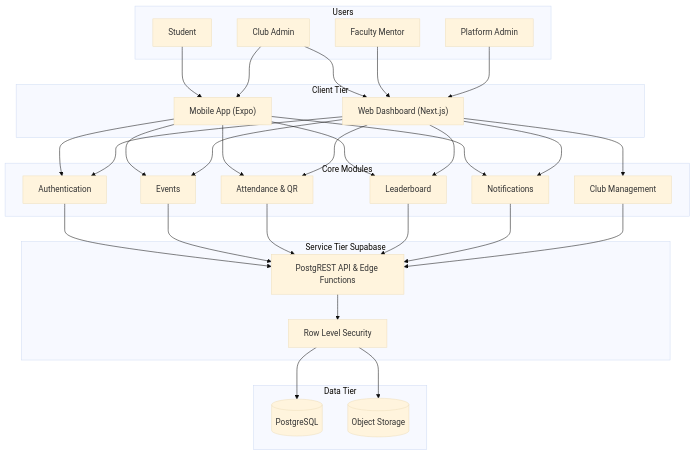
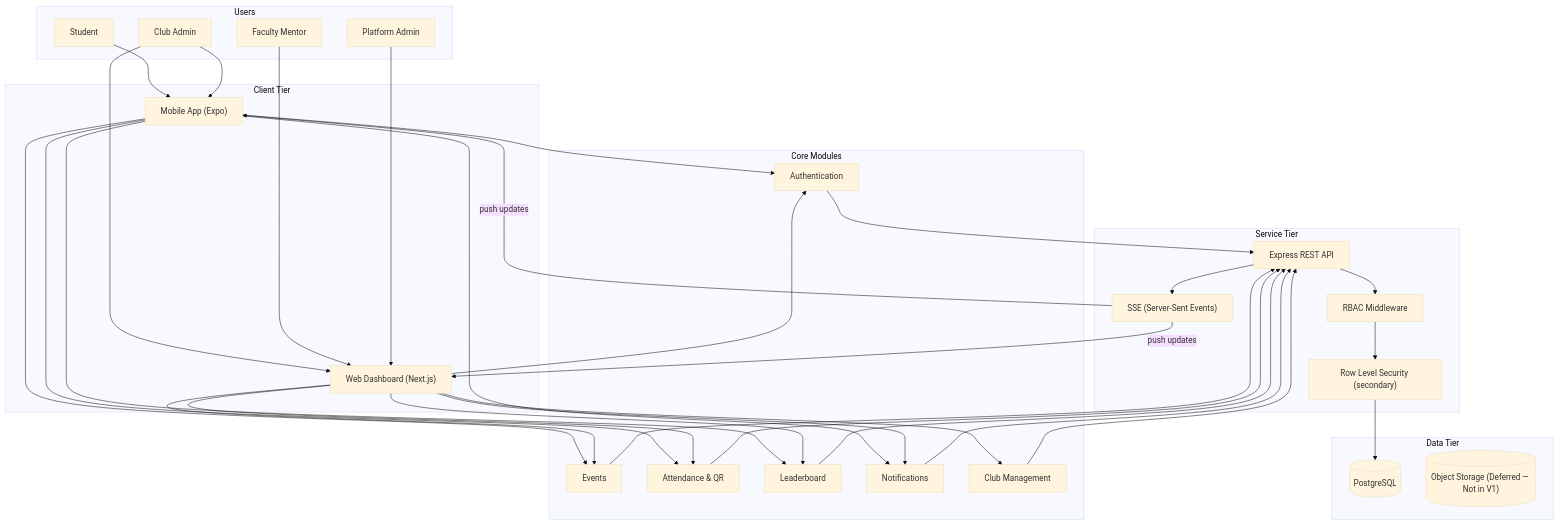
The diagram in docs/diagrams/22-launch-readiness-map.md (sohamdhande/nst-events-docs), drawn with Mermaid (base theme) before and after one commit. The commit also changed 77 other files, not shown here.

````diff
--- a/docs/diagrams/22-launch-readiness-map.md
+++ b/docs/diagrams/22-launch-readiness-map.md
@@ -5,63 +5,68 @@
 ```mermaid
 graph TD
     subgraph Users
         Student[Student]
         ClubAdmin[Club Admin]
         FacultyMentor[Faculty Mentor]
         Admin[Platform Admin]
     end
 
     subgraph Client Tier
         Mobile["Mobile App (Expo)"]
         Web["Web Dashboard (Next.js)"]
     end
 
     subgraph Core Modules
         AuthM[Authentication]
         EventsM[Events]
         AttendanceM["Attendance & QR"]
         LeaderboardM[Leaderboard]
         NotificationsM[Notifications]
         ClubsM[Club Management]
     end
 
-    subgraph Service Tier Supabase
-        API["PostgREST API & Edge Functions"]
-        RLS["Row Level Security"]
+    subgraph Service Tier
+        API["Express REST API"]
+        RBAC["RBAC Middleware"]
+        RLS["Row Level Security (secondary)"]
+        SSE["SSE (Server-Sent Events)"]
     end
 
     subgraph Data Tier
         DB[("PostgreSQL")]
-        Storage[("Object Storage")]
+        Storage[("Object Storage (Deferred — Not in V1)")]
     end
 
     Student --> Mobile
     ClubAdmin --> Mobile
     ClubAdmin --> Web
     FacultyMentor --> Web
     Admin --> Web
 
     Mobile --> AuthM
     Mobile --> EventsM
     Mobile --> AttendanceM
     Mobile --> LeaderboardM
     Mobile --> NotificationsM
 
     Web --> AuthM
     Web --> EventsM
     Web --> AttendanceM
     Web --> LeaderboardM
     Web --> NotificationsM
     Web --> ClubsM
 
     AuthM --> API
     EventsM --> API
     AttendanceM --> API
     LeaderboardM --> API
     NotificationsM --> API
     ClubsM --> API
 
-    API --> RLS
+    API --> RBAC
+    RBAC --> RLS
     RLS --> DB
-    RLS --> Storage
+    SSE -->|push updates| Mobile
+    SSE -->|push updates| Web
+    API --> SSE
 ```
````
